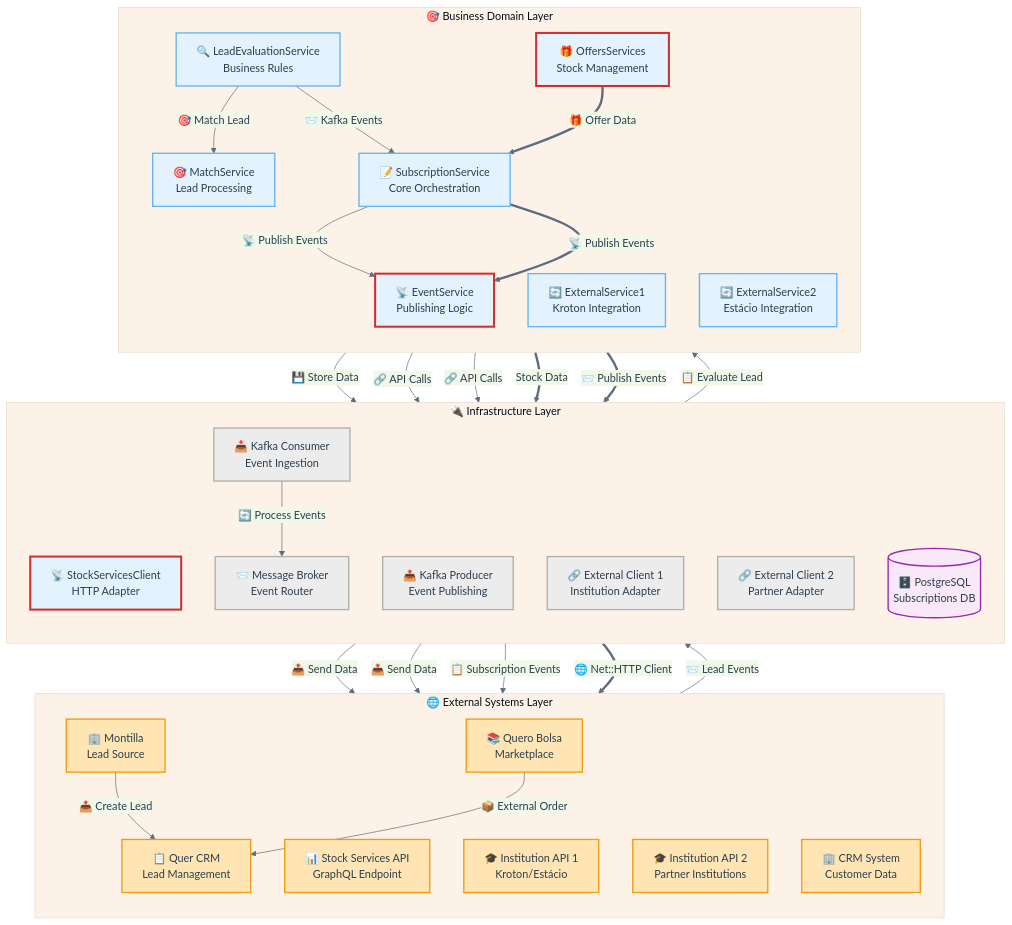
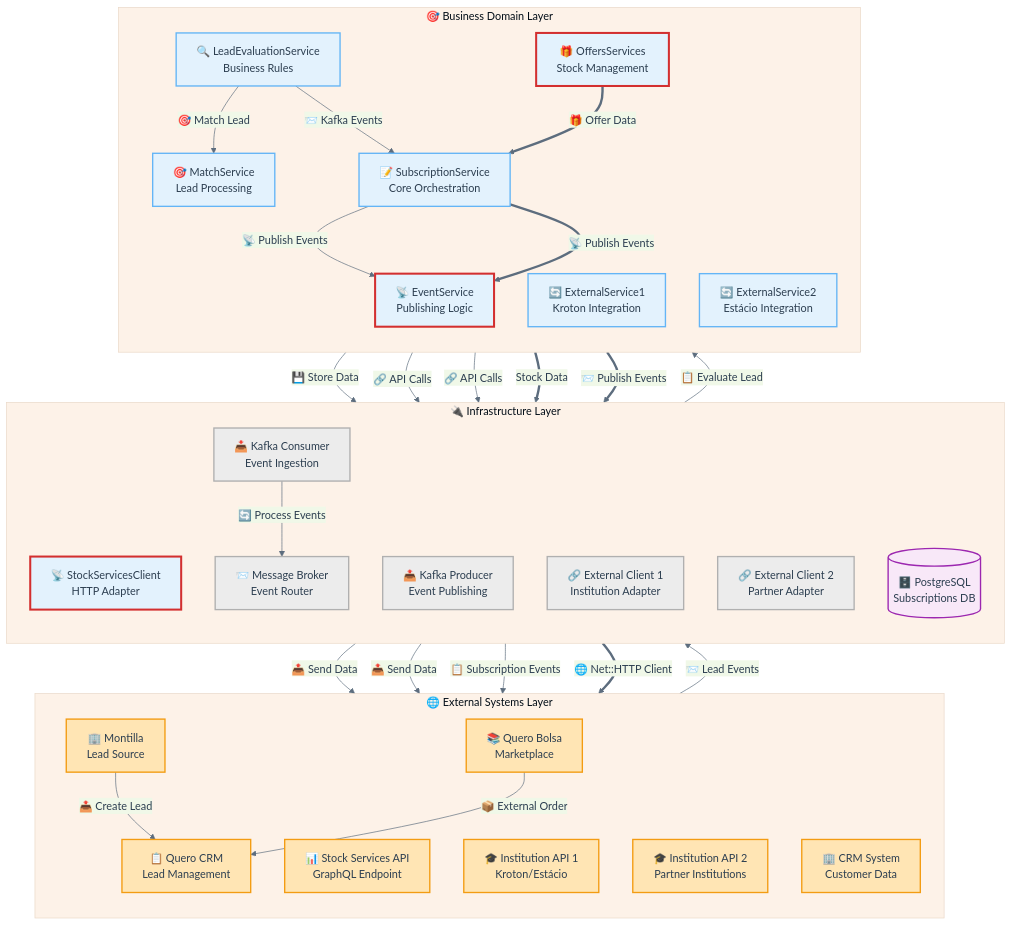
The third of 6 diagrams in inputs/started-requirements.md (enogrob/project-qeevo-anubis), drawn with Mermaid before and after one commit.

Commit message:
update-contents

```diff
--- a/inputs/started-requirements.md
+++ b/inputs/started-requirements.md
@@ -235,7 +235,7 @@
         ExternalAPI1["🎓 Institution API 1<br/>Kroton/Estácio"]
         ExternalAPI2["🎓 Institution API 2<br/>Partner Institutions"]
         CRM["🏢 CRM System<br/>Customer Data"]
-        QuerCRM["📋 Quer CRM<br/>Lead Management"]
+        QuerCRM["📋 Quero CRM<br/>Lead Management"]
     end
 
     subgraph "🔌 Infrastructure Layer"
```
